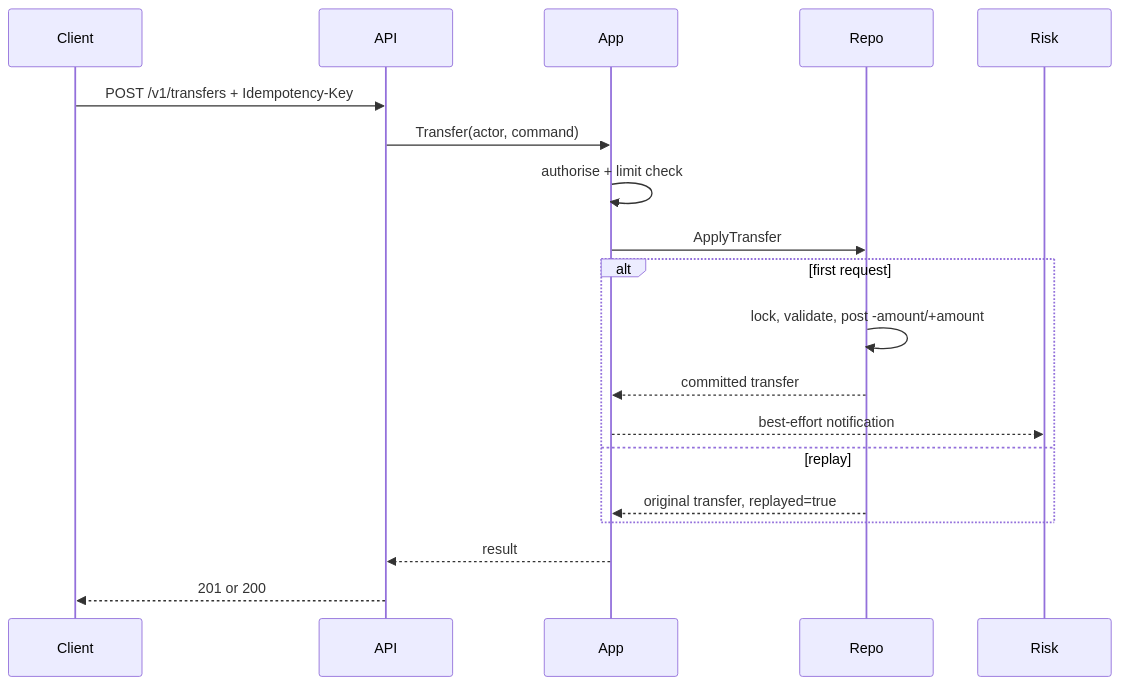
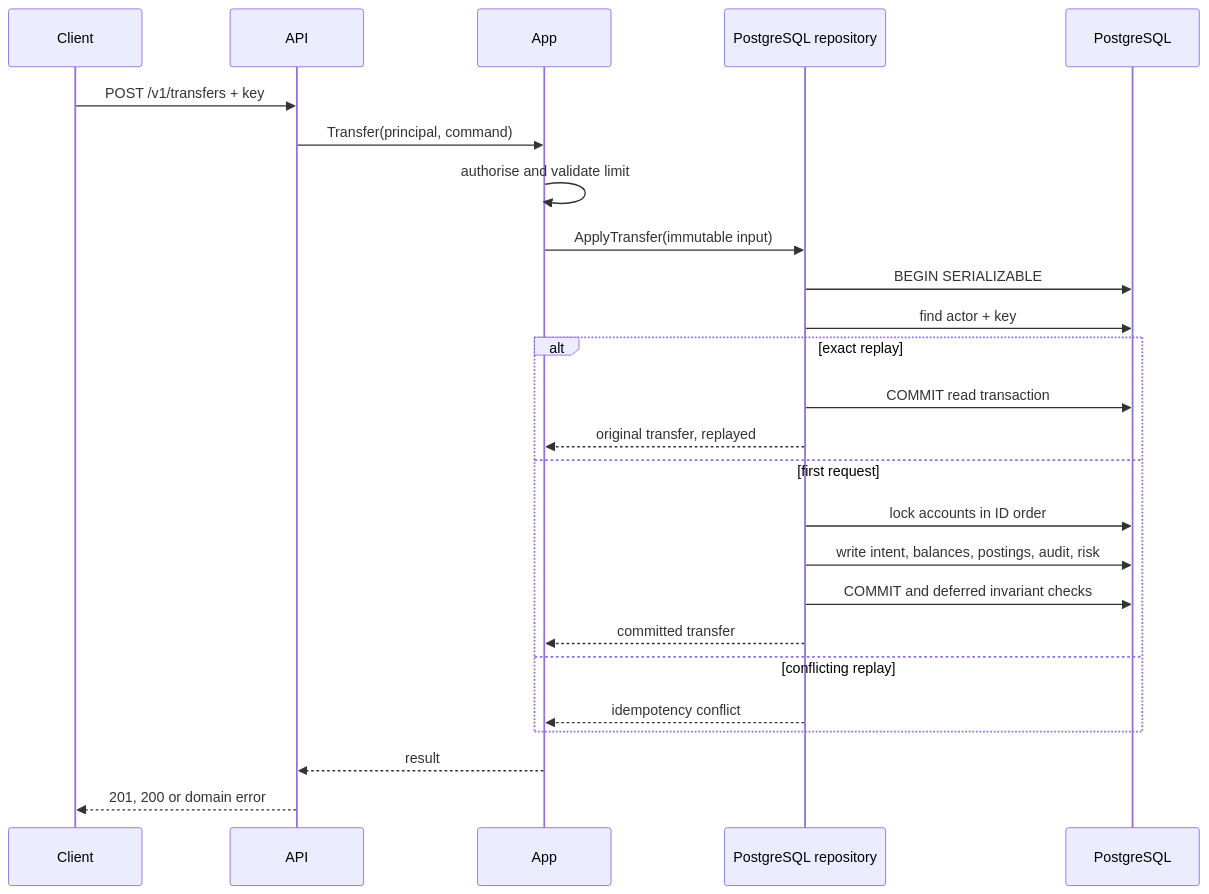
Before and after one commit to VolodymyrStetsenko/SecureLedger: the second of 2 diagrams in docs/architecture.md, drawn with Mermaid. The commit also changed other lines of this file and 54 other files, not shown here.

First line of the commit message:
feat: add durable PostgreSQL ledger (#2)

````diff
--- a/docs/architecture.md
+++ b/docs/architecture.md
@@ -56,22 +105,28 @@
 ```mermaid
 sequenceDiagram
     participant Client
     participant API
     participant App
-    participant Repo
-    participant Risk
+    participant PG as PostgreSQL repository
+    participant DB as PostgreSQL
 
-    Client->>API: POST /v1/transfers + Idempotency-Key
-    API->>App: Transfer(actor, command)
-    App->>App: authorise + limit check
-    App->>Repo: ApplyTransfer
-    alt first request
-        Repo->>Repo: lock, validate, post -amount/+amount
-        Repo-->>App: committed transfer
-        App-->>Risk: best-effort notification
-    else replay
-        Repo-->>App: original transfer, replayed=true
+    Client->>API: POST /v1/transfers + key
+    API->>App: Transfer(principal, command)
+    App->>App: authorise and validate limit
+    App->>PG: ApplyTransfer(immutable input)
+    PG->>DB: BEGIN SERIALIZABLE
+    PG->>DB: find actor + key
+    alt exact replay
+        PG->>DB: COMMIT read transaction
+        PG-->>App: original transfer, replayed
+    else first request
+        PG->>DB: lock accounts in ID order
+        PG->>DB: write intent, balances, postings, audit, risk
+        PG->>DB: COMMIT and deferred invariant checks
+        PG-->>App: committed transfer
+    else conflicting replay
+        PG-->>App: idempotency conflict
     end
     App-->>API: result
-    API-->>Client: 201 or 200
+    API-->>Client: 201, 200 or domain error
 ```
````
